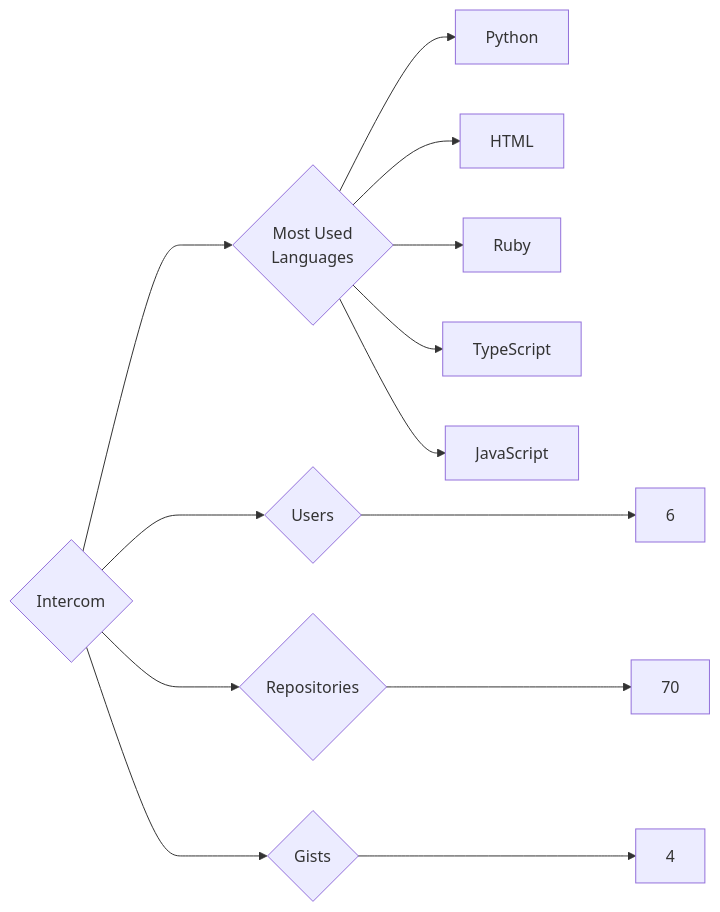
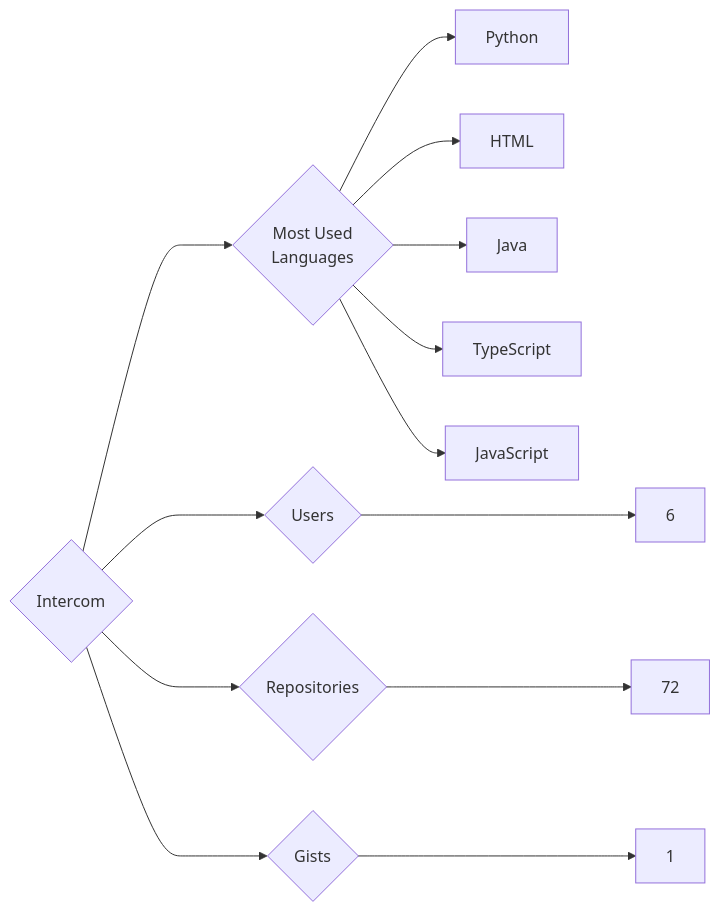
One commit to trickest/insiders changed the diagram in targets/Intercom/README.md. Above: the diagram before and after it, drawn with Mermaid. The commit also changed 880 other files, not shown here.

````diff
--- a/targets/Intercom/README.md
+++ b/targets/Intercom/README.md
@@ -3,13 +3,13 @@
 ```mermaid
 graph LR
 COMPANY_NAME{Intercom}
 COMPANY_NAME ---> U{Users} ---> UN[6]
-COMPANY_NAME ---> R{Repositories} ---> RN[70]
-COMPANY_NAME ---> G{Gists} ---> GN[4]
+COMPANY_NAME ---> R{Repositories} ---> RN[72]
+COMPANY_NAME ---> G{Gists} ---> GN[1]
 COMPANY_NAME ---> ML{Most Used<br>Languages}
 ML --> Python[Python]
 ML --> HTML[HTML]
-ML --> Ruby[Ruby]
+ML --> Java[Java]
 ML --> TypeScript[TypeScript]
 ML --> JavaScript[JavaScript]
 ```
````
